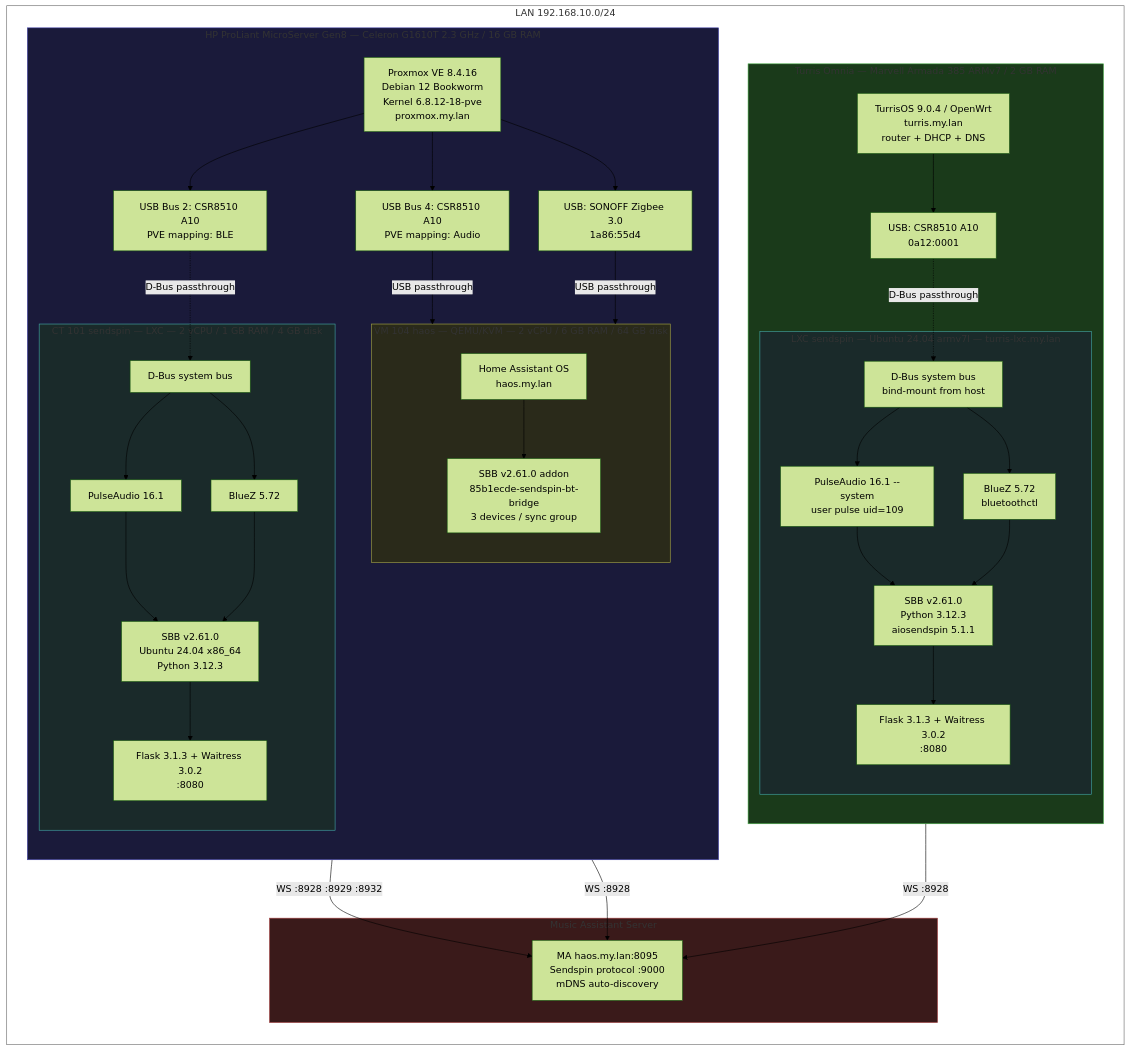
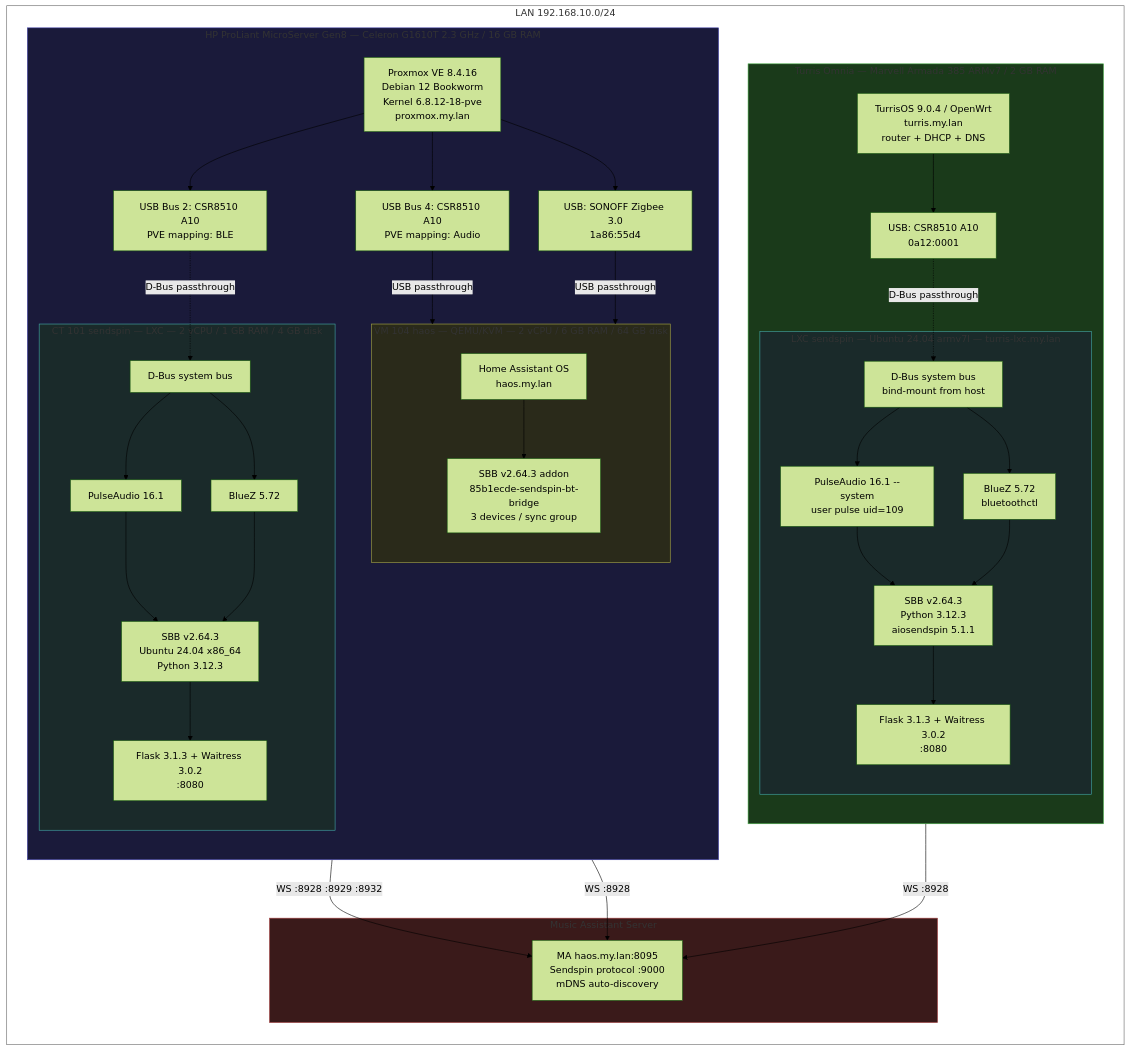
The first of 3 diagrams in docs-site/src/content/docs/test-stand.md (trudenboy/sendspin-bt-bridge), drawn with Mermaid (forest theme) before and after one commit. The commit also changed other lines of this file and 11 other files, not shown here.

````diff
--- a/docs-site/src/content/docs/test-stand.md
+++ b/docs-site/src/content/docs/test-stand.md
@@ -20,76 +20,76 @@
 ```mermaid
 graph TB
     subgraph net["LAN 192.168.10.0/24"]
         direction TB
 
         subgraph turris["Turris Omnia — Marvell Armada 385 ARMv7 / 2 GB RAM"]
             direction TB
             T_HOST["TurrisOS 9.0.4 / OpenWrt<br/>turris.my.lan<br/>router + DHCP + DNS"]
             T_USB["USB: CSR8510 A10<br/>0a12:0001"]
             subgraph T_LXC["LXC sendspin — Ubuntu 24.04 armv7l — turris-lxc.my.lan"]
                 T_DBUS["D-Bus system bus<br/>bind-mount from host"]
                 T_PA["PulseAudio 16.1 --system<br/>user pulse uid=109"]
                 T_BLUEZ["BlueZ 5.72<br/>bluetoothctl"]
-                T_SBB["SBB v2.61.0<br/>Python 3.12.3<br/>aiosendspin 5.1.1"]
+                T_SBB["SBB v2.64.3<br/>Python 3.12.3<br/>aiosendspin 5.1.1"]
                 T_WEB["Flask 3.1.3 + Waitress 3.0.2<br/>:8080"]
                 T_DBUS --> T_BLUEZ
                 T_DBUS --> T_PA
                 T_PA --> T_SBB
                 T_BLUEZ --> T_SBB
                 T_SBB --> T_WEB
             end
             T_HOST --> T_USB
             T_USB -.->|D-Bus passthrough| T_DBUS
         end
 
         subgraph proxmox["HP ProLiant MicroServer Gen8 — Celeron G1610T 2.3 GHz / 16 GB RAM"]
             direction TB
             P_HOST["Proxmox VE 8.4.16<br/>Debian 12 Bookworm<br/>Kernel 6.8.12-18-pve<br/>proxmox.my.lan"]
             P_USB1["USB Bus 4: CSR8510 A10<br/>PVE mapping: Audio"]
             P_USB2["USB Bus 2: CSR8510 A10<br/>PVE mapping: BLE"]
             P_ZIG["USB: SONOFF Zigbee 3.0<br/>1a86:55d4"]
 
             subgraph P_VM["VM 104 haos — QEMU/KVM — 2 vCPU / 6 GB RAM / 64 GB disk"]
                 P_HAOS["Home Assistant OS<br/>haos.my.lan"]
-                P_ADDON["SBB v2.61.0 addon<br/>85b1ecde-sendspin-bt-bridge<br/>3 devices / sync group"]
+                P_ADDON["SBB v2.64.3 addon<br/>85b1ecde-sendspin-bt-bridge<br/>3 devices / sync group"]
                 P_HAOS --> P_ADDON
             end
 
             subgraph P_CT["CT 101 sendspin — LXC — 2 vCPU / 1 GB RAM / 4 GB disk"]
                 P_DBUS["D-Bus system bus"]
                 P_PA["PulseAudio 16.1"]
                 P_BLUEZ2["BlueZ 5.72"]
-                P_SBB["SBB v2.61.0<br/>Ubuntu 24.04 x86_64<br/>Python 3.12.3"]
+                P_SBB["SBB v2.64.3<br/>Ubuntu 24.04 x86_64<br/>Python 3.12.3"]
                 P_WEB2["Flask 3.1.3 + Waitress 3.0.2<br/>:8080"]
                 P_DBUS --> P_BLUEZ2
                 P_DBUS --> P_PA
                 P_PA --> P_SBB
                 P_BLUEZ2 --> P_SBB
                 P_SBB --> P_WEB2
             end
 
             P_HOST --> P_USB1
             P_HOST --> P_USB2
             P_HOST --> P_ZIG
             P_USB1 -->|USB passthrough| P_VM
             P_USB2 -.->|D-Bus passthrough| P_DBUS
             P_ZIG -->|USB passthrough| P_VM
         end
 
         subgraph ma_box["Music Assistant Server"]
             MA["MA haos.my.lan:8095<br/>Sendspin protocol :9000<br/>mDNS auto-discovery"]
         end
     end
 
     P_ADDON -->|"WS :8928 :8929 :8932"| MA
     P_SBB -->|"WS :8928"| MA
     T_SBB -->|"WS :8928"| MA
 
     style net fill:none,stroke:#666
     style turris fill:#1a3a1a,stroke:#4a4
     style proxmox fill:#1a1a3a,stroke:#44a
     style ma_box fill:#3a1a1a,stroke:#a44
     style P_VM fill:#2a2a1a,stroke:#aa4
     style P_CT fill:#1a2a2a,stroke:#4aa
     style T_LXC fill:#1a2a2a,stroke:#4aa
 ```
````
